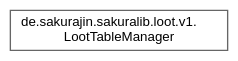
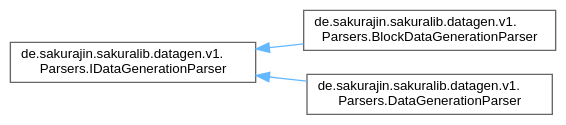
One commit to noah1510/sakura-lib changed the diagram in inherit_graph_15.dot. Above: the diagram before and after it, drawn with Graphviz. The commit also changed 150 other files, not shown here.

```diff
--- a/inherit_graph_15.dot
+++ b/inherit_graph_15.dot
@@ -1,9 +1,13 @@
 digraph "Graphical Class Hierarchy"
 {
  // LATEX_PDF_SIZE
   bgcolor="transparent";
   edge [fontname=Helvetica,fontsize=10,labelfontname=Helvetica,labelfontsize=10];
   node [fontname=Helvetica,fontsize=10,shape=box,height=0.2,width=0.4];
   rankdir="LR";
-  Node0 [label="de.sakurajin.sakuralib.loot.v1.\lLootTableManager",height=0.2,width=0.4,color="grey40", fillcolor="white", style="filled",URL="$classde_1_1sakurajin_1_1sakuralib_1_1loot_1_1v1_1_1LootTableManager.html",tooltip="This class is used to inject data into loot tables."];
+  Node0 [label="de.sakurajin.sakuralib.datagen.v1.\lParsers.IDataGenerationParser",height=0.2,width=0.4,color="grey40", fillcolor="white", style="filled",URL="$interfacede_1_1sakurajin_1_1sakuralib_1_1datagen_1_1v1_1_1Parsers_1_1IDataGenerationParser.html",tooltip="This interface is used to parse annotations."];
+  Node0 -> Node1 [dir="back",color="steelblue1",style="solid"];
+  Node1 [label="de.sakurajin.sakuralib.datagen.v1.\lParsers.BlockDataGenerationParser",height=0.2,width=0.4,color="grey40", fillcolor="white", style="filled",URL="$classde_1_1sakurajin_1_1sakuralib_1_1datagen_1_1v1_1_1Parsers_1_1BlockDataGenerationParser.html",tooltip="This parser is used to generate block items for blocks that implement the BlockItemGenerateable inter..."];
+  Node0 -> Node2 [dir="back",color="steelblue1",style="solid"];
+  Node2 [label="de.sakurajin.sakuralib.datagen.v1.\lParsers.DataGenerationParser",height=0.2,width=0.4,color="grey40", fillcolor="white", style="filled",URL="$classde_1_1sakurajin_1_1sakuralib_1_1datagen_1_1v1_1_1Parsers_1_1DataGenerationParser.html",tooltip=" "];
 }
```
